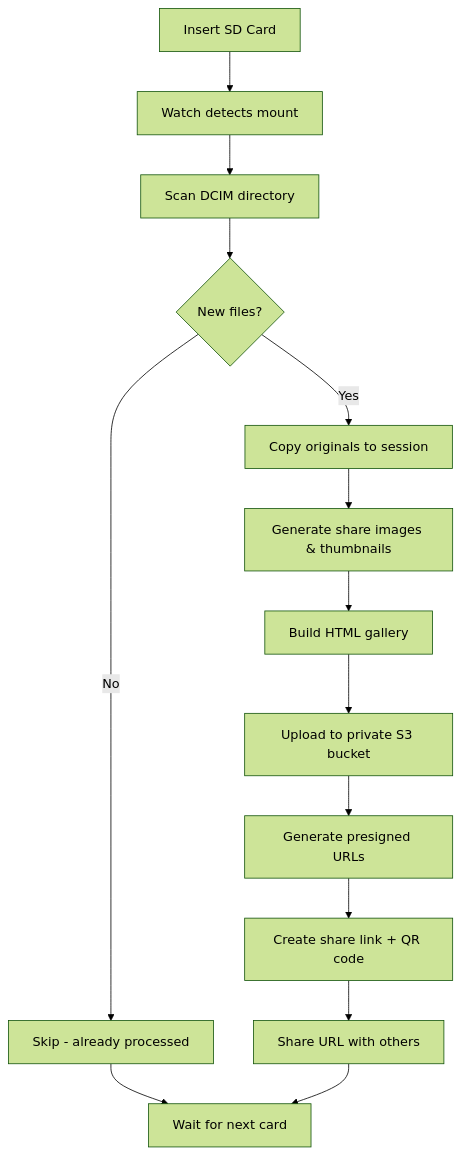
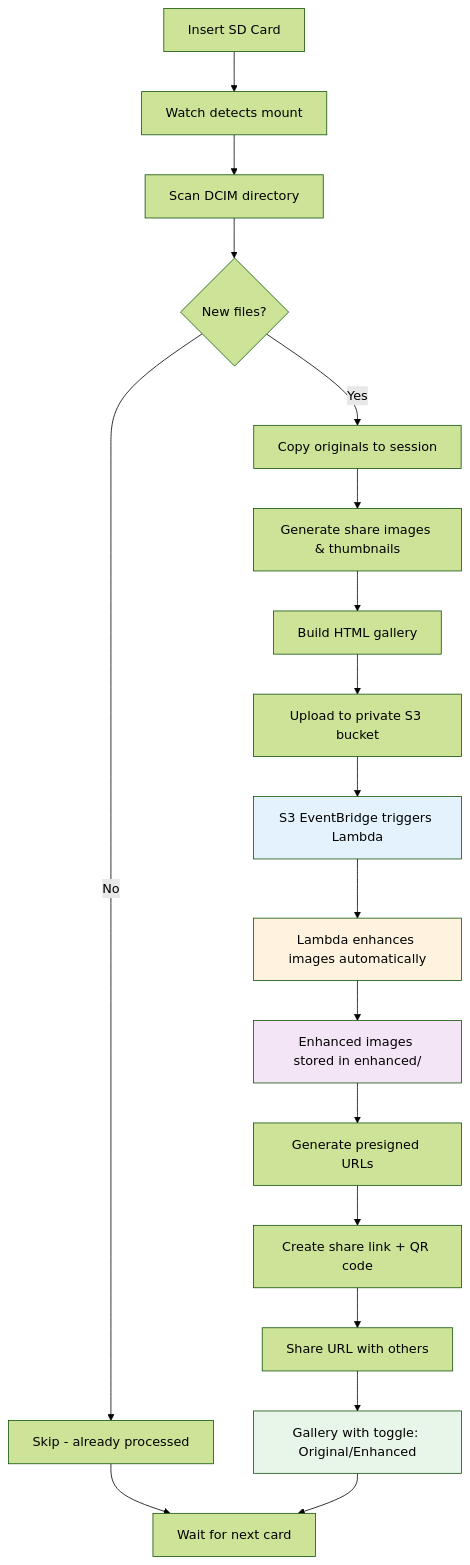
The second of 2 diagrams in README.md (samjhill/ghostroll), drawn with Mermaid (forest theme) before and after one commit. The commit also changed other lines of this file and 2 other files, not shown here.

Commit message:
Update high-level documentation with enhanced images feature and mermaid diagrams
- Update README.md workflow diagram to include Lambda enhancement
- Add comprehensive architecture and sequence diagrams to how-it-works-high-level.md
- Add enhanced images phase to WORKFLOW_ANALYSIS.md
- Include mermaid diagrams for visual understanding
- Document automatic enhancement workflow and gallery toggle feature

````diff
--- a/README.md
+++ b/README.md
@@ -26,16 +26,24 @@
 ```mermaid
 flowchart TD
     A[Insert SD Card] --> B[Watch detects mount]
     B --> C[Scan DCIM directory]
     C --> D{New files?}
     D -->|No| E[Skip - already processed]
     D -->|Yes| F[Copy originals to session]
     F --> G[Generate share images & thumbnails]
     G --> H[Build HTML gallery]
     H --> I[Upload to private S3 bucket]
-    I --> J[Generate presigned URLs]
-    J --> K[Create share link + QR code]
-    K --> L[Share URL with others]
-    E --> M[Wait for next card]
-    L --> M
+    I --> J[S3 EventBridge triggers Lambda]
+    J --> K[Lambda enhances images automatically]
+    K --> L[Enhanced images stored in enhanced/]
+    L --> M[Generate presigned URLs]
+    M --> N[Create share link + QR code]
+    N --> O[Share URL with others]
+    O --> P[Gallery with toggle: Original/Enhanced]
+    E --> Q[Wait for next card]
+    P --> Q
+    style J fill:#e3f2fd,color:#000
+    style K fill:#fff3e0,color:#000
+    style L fill:#f3e5f5,color:#000
+    style P fill:#e8f5e9,color:#000
 ```
````
